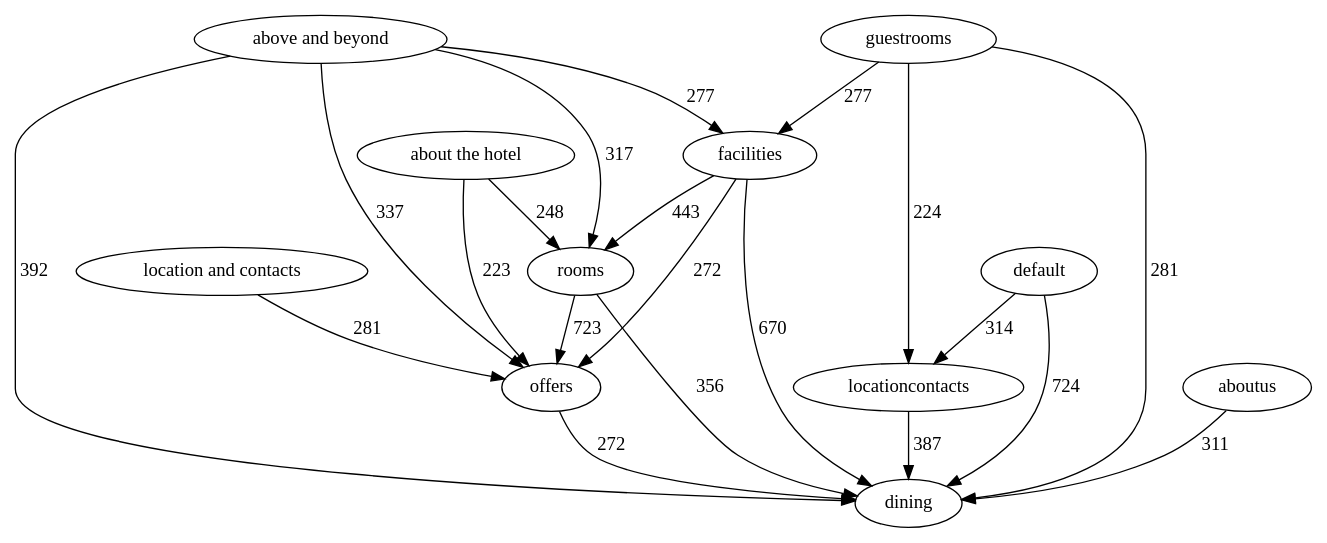
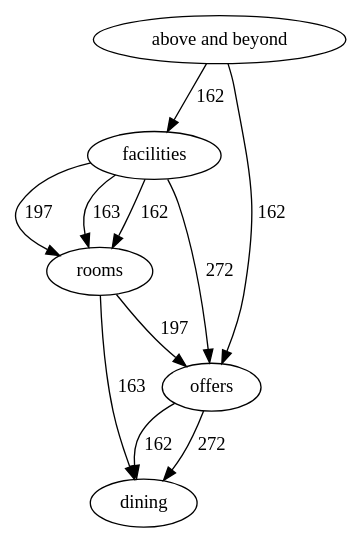
One commit to alexcu/sit742-a2-report changed the diagram in dot/tablet_requests.dot. Above: the diagram before and after it, drawn with Graphviz. The commit also changed 17 other files, not shown here.

Commit message:
Update dot diagrams to percentile and support-curated

```diff
--- a/dot/tablet_requests.dot
+++ b/dot/tablet_requests.dot
@@ -1,34 +1,18 @@
-strict digraph "" {
+digraph "" {
 layout="dot";
-locationcontacts;
+"above and beyond";
 facilities;
-default;
-"about the hotel";
+offers;
+rooms;
 dining;
-offers;
-aboutus;
-rooms;
-"above and beyond";
-guestrooms;
-"location and contacts";
-locationcontacts -> dining  [label=387, weight=387];
-facilities -> dining  [label=670, weight=670];
-facilities -> offers  [label=272, weight=272];
-facilities -> rooms  [label=443, weight=443];
-default -> dining  [label=724, weight=724];
-default -> locationcontacts  [label=314, weight=314];
-"about the hotel" -> offers  [label=223, weight=223];
-"about the hotel" -> rooms  [label=248, weight=248];
-offers -> dining  [label=272, weight=272];
-aboutus -> dining  [label=311, weight=311];
-rooms -> dining  [label=356, weight=356];
-rooms -> offers  [label=723, weight=723];
-"above and beyond" -> dining  [label=392, weight=392];
-"above and beyond" -> offers  [label=337, weight=337];
-"above and beyond" -> rooms  [label=317, weight=317];
-"above and beyond" -> facilities  [label=277, weight=277];
-guestrooms -> dining  [label=281, weight=281];
-guestrooms -> locationcontacts  [label=224, weight=224];
-guestrooms -> facilities  [label=277, weight=277];
-"location and contacts" -> offers  [label=281, weight=281];
+"above and beyond" -> facilities  [key=0, label=162, weight=162];
+"above and beyond" -> offers  [key=0, label=162, weight=162];
+facilities -> offers  [key=0, label=272, weight=272];
+facilities -> rooms  [key=0, label=197, weight=197];
+facilities -> rooms  [key=1, label=163, weight=163];
+facilities -> rooms  [key=2, label=162, weight=162];
+offers -> dining  [key=0, label=272, weight=272];
+offers -> dining  [key=1, label=162, weight=162];
+rooms -> dining  [key=0, label=163, weight=163];
+rooms -> offers  [key=0, label=197, weight=197];
 }
```
